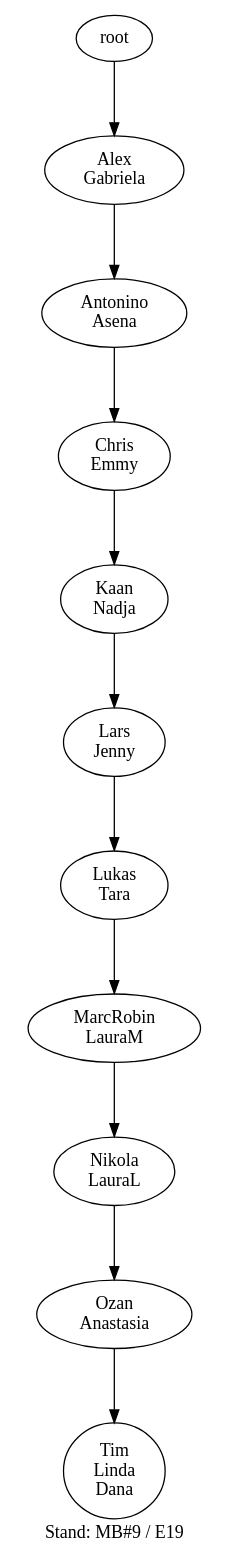
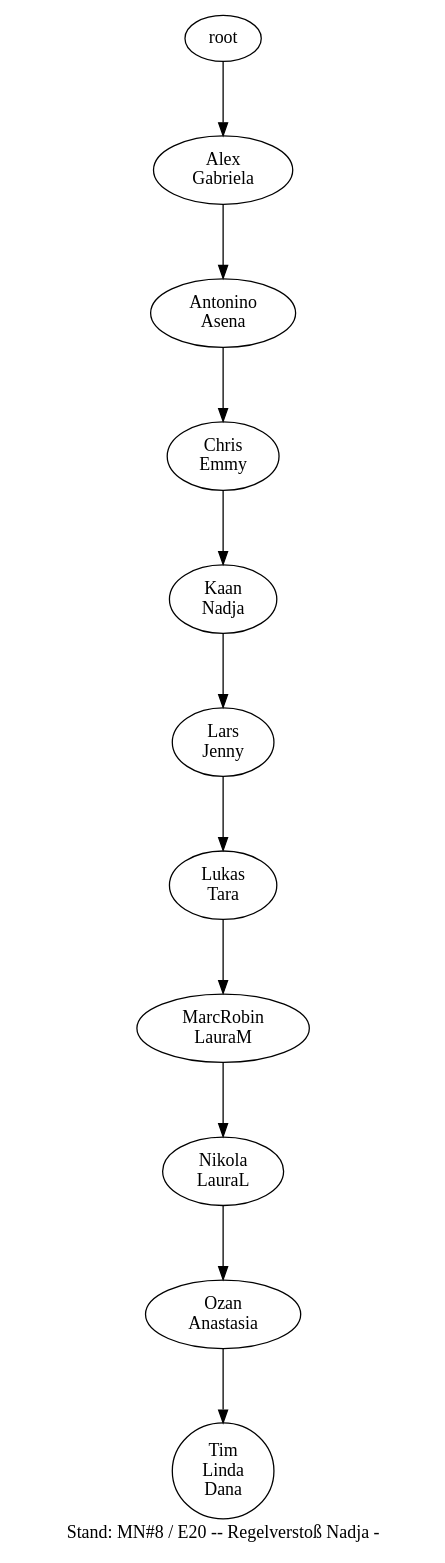
Before and after one commit to atticus-sullivan/sim-ayto: the diagram in data/de04r/de04r.dot, drawn with Graphviz. The commit also changed 11 other files, not shown here.

```diff
--- a/data/de04r/de04r.dot
+++ b/data/de04r/de04r.dot
@@ -1,22 +1,22 @@
-digraph D { labelloc="b"; label="Stand: MB#9 / E19"; ranksep=0.8;
+digraph D { labelloc="b"; label="Stand: MN#8 / E20 -- Regelverstoß Nadja -"; ranksep=0.8;
 "root/3"[label="Alex\nGabriela"]
 "root" -> "root/3";
 "root/3/1"[label="Antonino\nAsena"]
 "root/3" -> "root/3/1";
 "root/3/1/2"[label="Chris\nEmmy"]
 "root/3/1" -> "root/3/1/2";
 "root/3/1/2/8"[label="Kaan\nNadja"]
 "root/3/1/2" -> "root/3/1/2/8";
 "root/3/1/2/8/4"[label="Lars\nJenny"]
 "root/3/1/2/8" -> "root/3/1/2/8/4";
 "root/3/1/2/8/4/9"[label="Lukas\nTara"]
 "root/3/1/2/8/4" -> "root/3/1/2/8/4/9";
 "root/3/1/2/8/4/9/6"[label="MarcRobin\nLauraM"]
 "root/3/1/2/8/4/9" -> "root/3/1/2/8/4/9/6";
 "root/3/1/2/8/4/9/6/5"[label="Nikola\nLauraL"]
 "root/3/1/2/8/4/9/6" -> "root/3/1/2/8/4/9/6/5";
 "root/3/1/2/8/4/9/6/5/0"[label="Ozan\nAnastasia"]
 "root/3/1/2/8/4/9/6/5" -> "root/3/1/2/8/4/9/6/5/0";
 "root/3/1/2/8/4/9/6/5/0/7,10"[label="Tim\nLinda\nDana"]
 "root/3/1/2/8/4/9/6/5/0" -> "root/3/1/2/8/4/9/6/5/0/7,10";
 }
```
